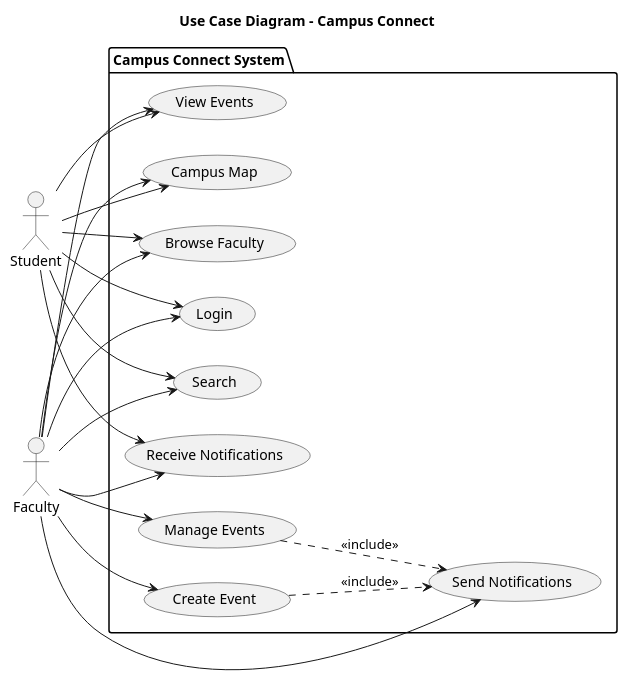
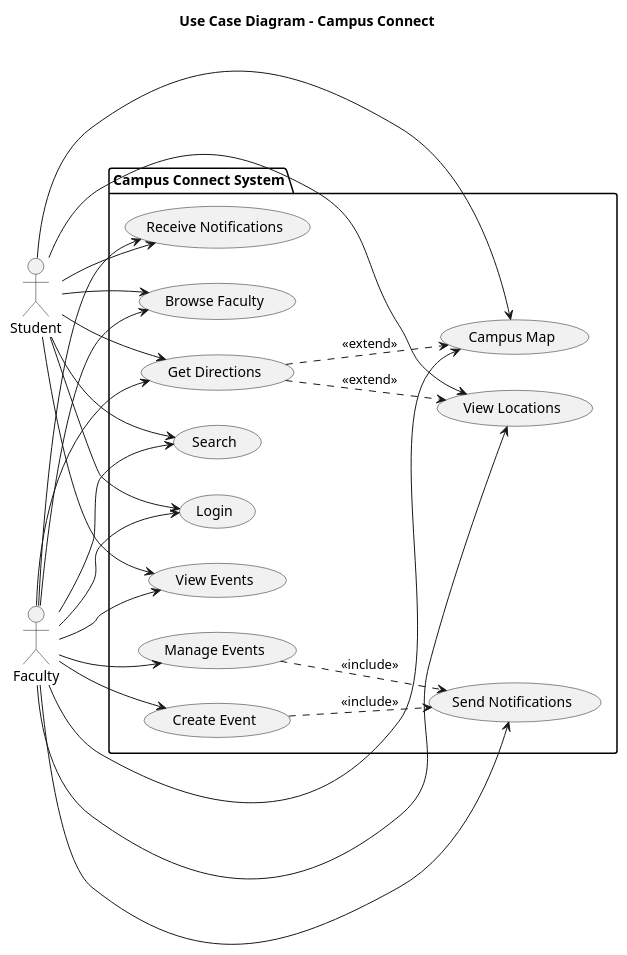
The second of 7 diagrams in uml-diagrams.md (umeshwayakole27/campus_connect_fl), drawn with PlantUML before and after one commit. The commit also changed other lines of this file and 31 other files, not shown here.

````diff
--- a/uml-diagrams.md
+++ b/uml-diagrams.md
@@ -99,48 +99,58 @@
 ```plantuml
 @startuml
 title Use Case Diagram - Campus Connect
 
 left to right direction
 
 actor Student as S
 actor Faculty as F
 
 package "Campus Connect System" {
   
   usecase "Login" as UC1
   usecase "View Events" as UC2
   usecase "Browse Faculty" as UC3
   usecase "Campus Map" as UC4
   usecase "Search" as UC5
   usecase "Receive Notifications" as UC6
   usecase "Create Event" as UC7
   usecase "Manage Events" as UC8
   usecase "Send Notifications" as UC9
+  usecase "View Locations" as UC10
+  usecase "Get Directions" as UC11
   
 }
 
 ' Student use cases
 S --> UC1
 S --> UC2
 S --> UC3
 S --> UC4
 S --> UC5
 S --> UC6
+S --> UC10
+S --> UC11
 
 ' Faculty use cases
 F --> UC1
 F --> UC2
 F --> UC3
 F --> UC4
 F --> UC5
 F --> UC6
 F --> UC7
 F --> UC8
 F --> UC9
+F --> UC10
+F --> UC11
 
 ' Include relationships
 UC7 ..> UC9 : <<include>>
 UC8 ..> UC9 : <<include>>
 
+' Extend relationships
+UC11 ..> UC10 : <<extend>>
+UC11 ..> UC4 : <<extend>>
+
 @enduml
 ```
````
